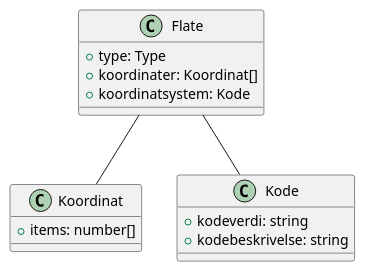
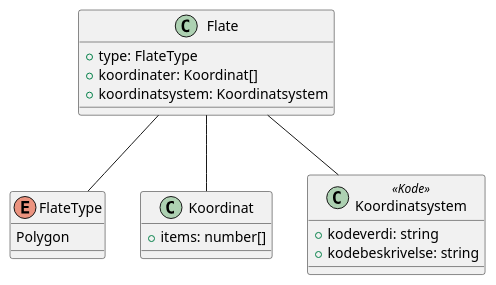
Before and after one commit to ks-no/fiks-plan-specification: the diagram in Dokumentasjon/V2/SchemaModels/no.ks.fiks.plan.v2.felles.flate/flate.pu, drawn with PlantUML. The commit also changed 28 other files, not shown here.

Commit message:
Flere oppdateringer på UML

```diff
--- a/Dokumentasjon/V2/SchemaModels/no.ks.fiks.plan.v2.felles.flate/flate.pu
+++ b/Dokumentasjon/V2/SchemaModels/no.ks.fiks.plan.v2.felles.flate/flate.pu
@@ -1,20 +1,25 @@
 @startuml
 class Flate {
-    +type: Type
+    +type: FlateType
     +koordinater: Koordinat[]
-    +koordinatsystem: Kode
+    +koordinatsystem: Koordinatsystem
 }
 
+Flate -- FlateType
 Flate -- Koordinat
-Flate -- Kode
+Flate -- Koordinatsystem
+
+enum FlateType {
+    Polygon
+}
 
 class Koordinat {
     +items: number[]
 }
 
-class Kode {
+class Koordinatsystem <<Kode>> {
     +kodeverdi: string
     +kodebeskrivelse: string
 }
 
 @enduml
```
